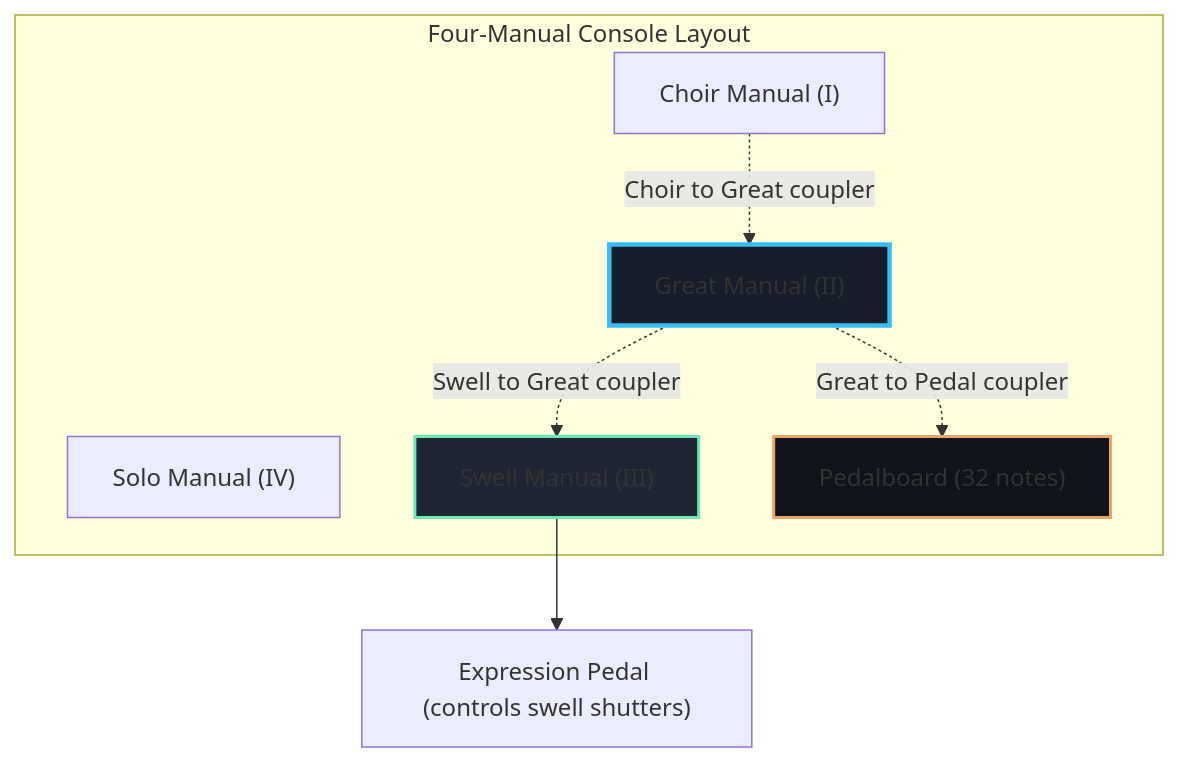
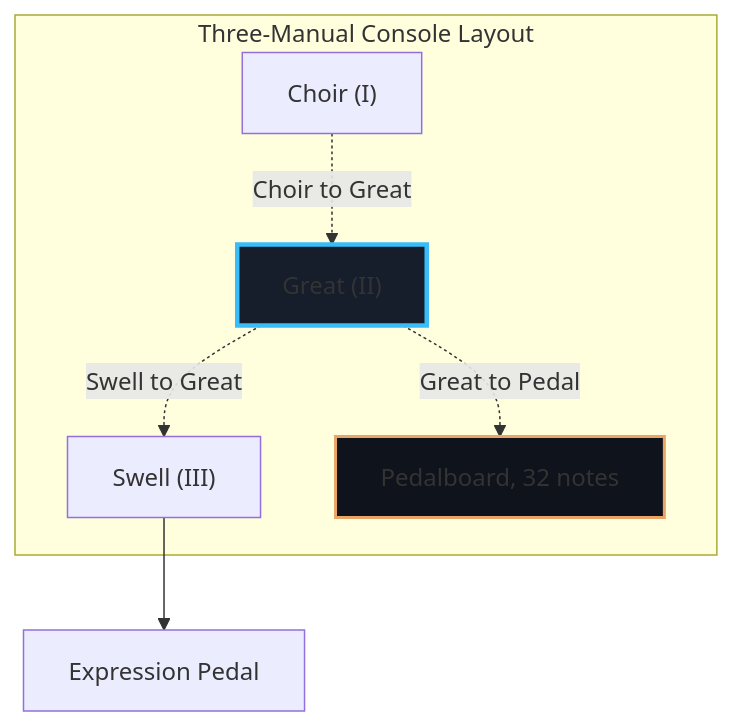
The third of 3 diagrams in topics/arts/music_performance/organ/lesson_02_basic_playing_techniques.md (blebleblee/synapse), drawn with Mermaid before and after one commit. The commit also changed other lines of this file and 4 other files, not shown here.

````diff
--- a/topics/arts/music_performance/organ/lesson_02_basic_playing_techniques.md
+++ b/topics/arts/music_performance/organ/lesson_02_basic_playing_techniques.md
@@ -127,20 +85,15 @@
 ```mermaid
 graph TB
-    subgraph sub_four_manual_console ["Four-Manual Console Layout"]
-        Manual4["Solo Manual (IV)"] 
-        Manual3["Swell Manual (III)"]
-        Manual2["Great Manual (II)"]
-        Manual1["Choir Manual (I)"]
-        Pedalboard["Pedalboard (32 notes)"]
+    subgraph sub_console ["Three-Manual Console Layout"]
+        M3["Swell (III)"]
+        M2["Great (II)"]
+        M1["Choir (I)"]
+        Ped["Pedalboard, 32 notes"]
     end
-    
-    Manual3 --> ExpressionPedal["Expression Pedal (controls swell shutters)"]
-    
-    Manual2 -.->|"Swell to Great coupler"| Manual3
-    Manual1 -.->|"Choir to Great coupler"| Manual2
-    Manual2 -.->|"Great to Pedal coupler"| Pedalboard
-    
-    style Manual2 fill:#161D2B,stroke:#38BDF8,stroke-width:3px
-    style Manual3 fill:#1E2636,stroke:#6EE7B7,stroke-width:2px
-    style Pedalboard fill:#0F131C,stroke:#E9A568,stroke-width:2px
+    M3 --> Expr["Expression Pedal"]
+    M2 -.->|"Swell to Great"| M3
+    M1 -.->|"Choir to Great"| M2
+    M2 -.->|"Great to Pedal"| Ped
+    style M2 fill:#161D2B,stroke:#38BDF8,stroke-width:3px
+    style Ped fill:#0F131C,stroke:#E9A568,stroke-width:2px
 ```
````
